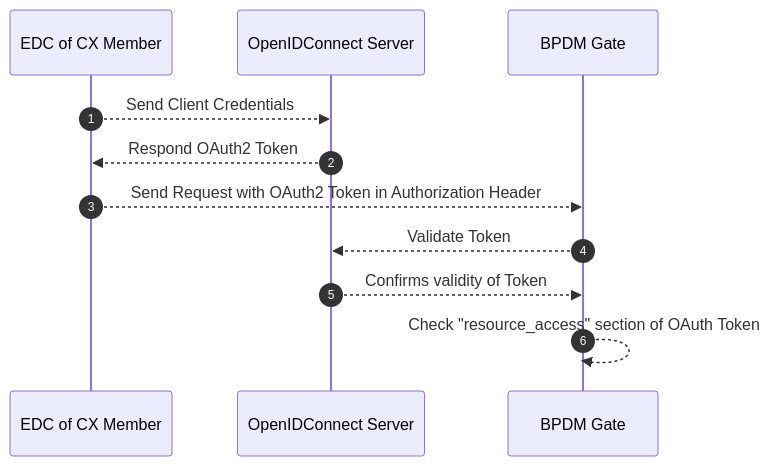
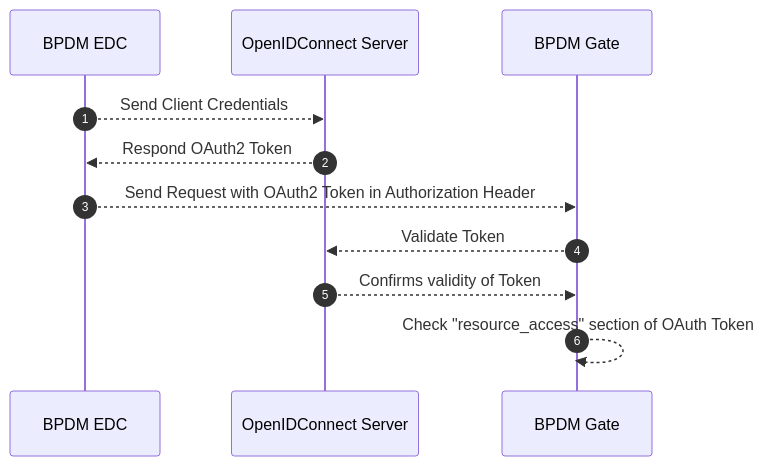
Before and after one commit to eclipse-tractusx/eclipse-tractusx.github.io: the first of 8 diagrams in docs-kits/kits/Business Partner Kit/Documentation BPDM/bpdm_arc42.md, drawn with Mermaid. The commit also changed other lines of this file and 83 other files, not shown here.

````diff
--- a/docs-kits/kits/Business Partner Kit/Documentation BPDM/bpdm_arc42.md
+++ b/docs-kits/kits/Business Partner Kit/Documentation BPDM/bpdm_arc42.md
@@ -225,18 +229,18 @@
 ```mermaid
 
 sequenceDiagram
-    participant EDC of CX Member
+    participant BPDM EDC
     participant OpenIDConnect Server
     participant BPDM Gate
 
     autonumber
 
-    EDC of CX Member-->>OpenIDConnect Server: Send Client Credentials
-    OpenIDConnect Server-->>EDC of CX Member: Respond OAuth2 Token
-    EDC of CX Member -->> BPDM Gate: Send Request with OAuth2 Token in Authorization Header
+    BPDM EDC -->>OpenIDConnect Server: Send Client Credentials
+    OpenIDConnect Server-->> BPDM EDC: Respond OAuth2 Token
+    BPDM EDC -->> BPDM Gate: Send Request with OAuth2 Token in Authorization Header
     BPDM Gate -->> OpenIDConnect Server: Validate Token
     OpenIDConnect Server -->> BPDM Gate: Confirms validity of Token
     BPDM Gate -->> BPDM Gate: Check "resource_access" section of OAuth Token
 
     
 ```
````
